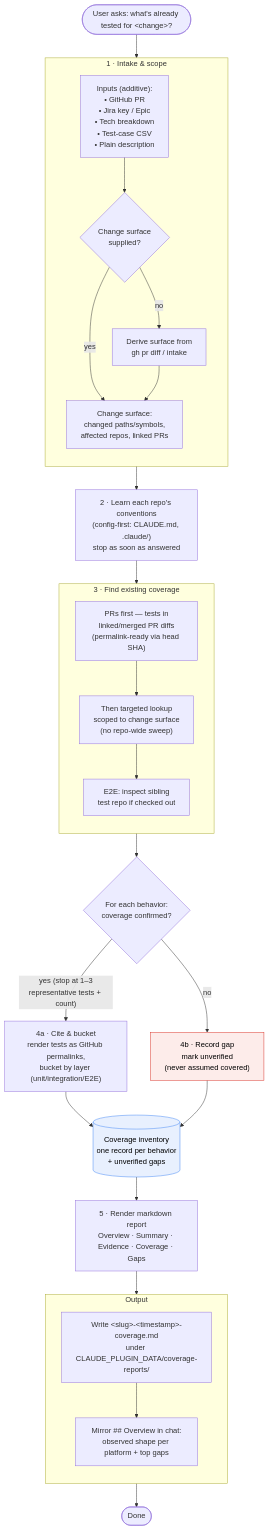
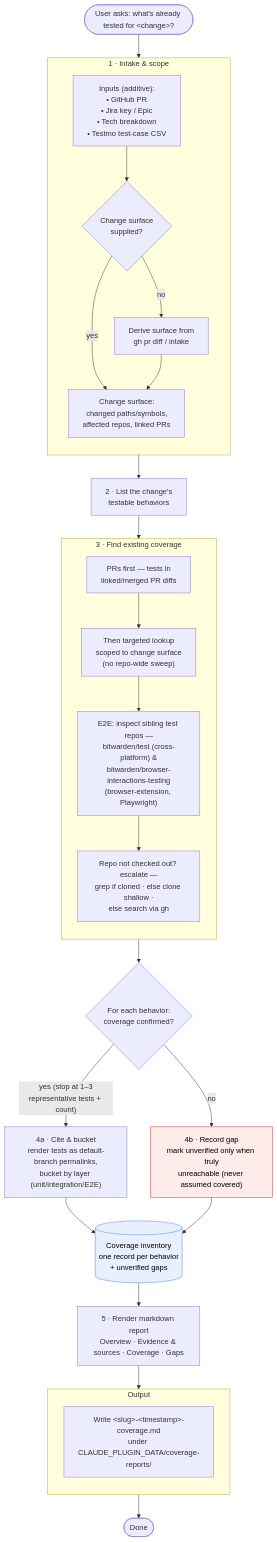
One commit to bitwarden/ai-plugins changed the diagram in plugins/bitwarden-test-toolkit/README.md. Above: the diagram before and after it, drawn with Mermaid. The commit also changed other lines of this file, not shown here.

````diff
--- a/plugins/bitwarden-test-toolkit/README.md
+++ b/plugins/bitwarden-test-toolkit/README.md
@@ -43,62 +43,61 @@
 ```mermaid
 flowchart TD
     Start([User asks: what's already tested for &lt;change&gt;?]) --> Intake
 
     subgraph Intake["1 · Intake & scope"]
         direction TB
-        Inputs["Inputs (additive):<br/>• GitHub PR<br/>• Jira key / Epic<br/>• Tech breakdown<br/>• Test-case CSV<br/>• Plain description"]
+        Inputs["Inputs (additive):<br/>• GitHub PR<br/>• Jira key / Epic<br/>• Tech breakdown<br/>• Testmo test-case CSV"]
         Resolve{"Change surface<br/>supplied?"}
         Inputs --> Resolve
         Resolve -- no --> Derive["Derive surface from<br/>gh pr diff / intake"]
         Resolve -- yes --> Surface
         Derive --> Surface["Change surface:<br/>changed paths/symbols,<br/>affected repos, linked PRs"]
     end
 
-    Intake --> Conventions
+    Intake --> Behaviors
 
-    Conventions["2 · Learn each repo's conventions<br/>(config-first: CLAUDE.md, .claude/)<br/>stop as soon as answered"]
+    Behaviors["2 · List the change's<br/>testable behaviors"]
 
-    Conventions --> Find
+    Behaviors --> Find
 
     subgraph Find["3 · Find existing coverage"]
         direction TB
-        PRs["PRs first — tests in<br/>linked/merged PR diffs<br/>(permalink-ready via head SHA)"]
+        PRs["PRs first — tests in<br/>linked/merged PR diffs"]
         Targeted["Then targeted lookup<br/>scoped to change surface<br/>(no repo-wide sweep)"]
-        E2E["E2E: inspect sibling<br/>test repo if checked out"]
-        PRs --> Targeted --> E2E
+        E2E["E2E: inspect sibling test repos —<br/>bitwarden/test (cross-platform) &amp;<br/>bitwarden/browser-interactions-testing<br/>(browser-extension, Playwright)"]
+        Escalate["Repo not checked out? escalate —<br/>grep if cloned · else clone shallow ·<br/>else search via gh"]
+        PRs --> Targeted --> E2E --> Escalate
     end
 
     Find --> PerBehavior
 
     PerBehavior{"For each behavior:<br/>coverage confirmed?"}
     PerBehavior -- "yes (stop at 1–3<br/>representative tests + count)" --> Cite
     PerBehavior -- no --> Gap
 
-    Cite["4a · Cite & bucket<br/>render tests as GitHub permalinks,<br/>bucket by layer (unit/integration/E2E)"]
-    Gap["4b · Record gap<br/>mark unverified<br/>(never assumed covered)"]
+    Cite["4a · Cite & bucket<br/>render tests as default-branch permalinks,<br/>bucket by layer (unit/integration/E2E)"]
+    Gap["4b · Record gap<br/>mark unverified only when truly<br/>unreachable (never assumed covered)"]
 
     Cite --> Inventory
     Gap --> Inventory
 
     Inventory[("Coverage inventory<br/>one record per behavior<br/>+ unverified gaps")]
 
     Inventory --> Render
 
-    Render["5 · Render markdown report<br/>Overview · Summary · Evidence · Coverage · Gaps"]
+    Render["5 · Render markdown report<br/>Overview · Evidence &amp; sources · Coverage · Gaps"]
 
     Render --> Output
 
     subgraph Output["Output"]
         direction TB
         File["Write &lt;slug&gt;-&lt;timestamp&gt;-coverage.md<br/>under CLAUDE_PLUGIN_DATA/coverage-reports/"]
-        Chat["Mirror ## Overview in chat:<br/>observed shape per platform + top gaps"]
-        File --> Chat
     end
 
     Output --> Done([Done])
 
     classDef store fill:#e8f0fe,stroke:#4285f4,color:#000
     classDef gap fill:#fdecea,stroke:#d93025,color:#000
     class Inventory store
     class Gap gap
 ```
````
